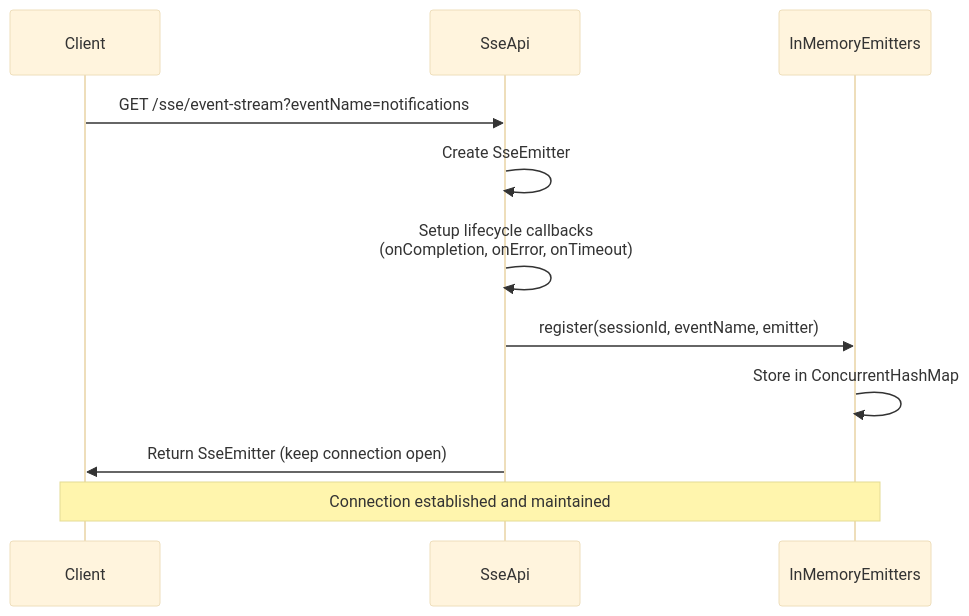
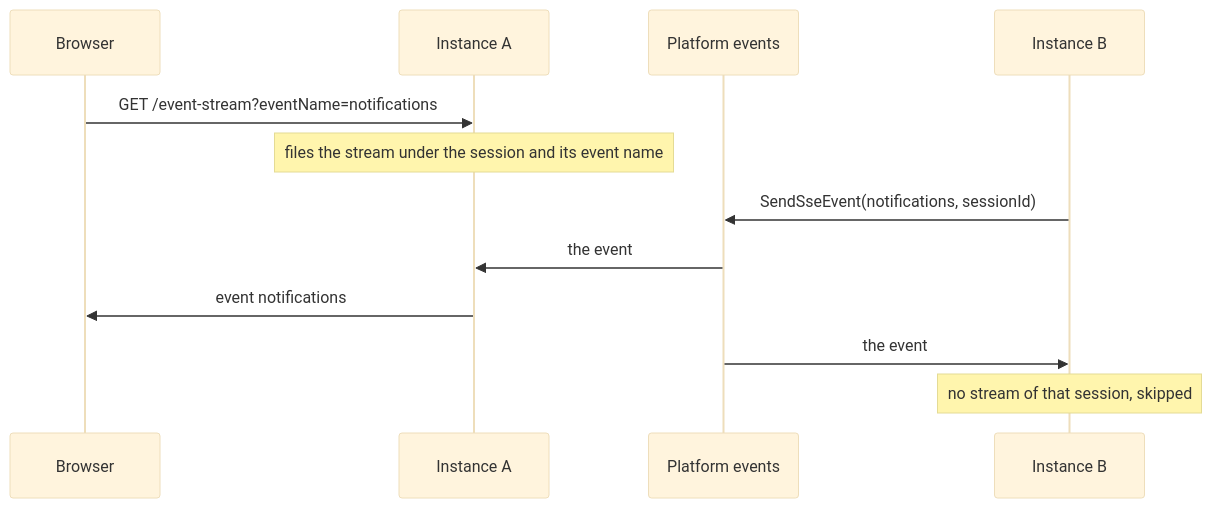
The second of 2 diagrams in tech-starters/backend/sse-starter/README.md (mboisnard/drinkit), drawn with Mermaid (base theme) before and after one commit. The commit also changed other lines of this file and 13 other files, not shown here.

First line of the commit message:
[TECH-STARTER] Shorten each starter README to its purpose, its key diagrams and its usage (#383)

````diff
--- a/tech-starters/backend/sse-starter/README.md
+++ b/tech-starters/backend/sse-starter/README.md
@@ -26,15 +40,14 @@
 ```mermaid
 sequenceDiagram
-    participant Client
-    participant SseApi
-    participant Repository as InMemoryEmitters
-
-    Client->>SseApi: GET /sse/event-stream?eventName=notifications
-    SseApi->>SseApi: Create SseEmitter
-    SseApi->>SseApi: Setup lifecycle callbacks<br/>(onCompletion, onError, onTimeout)
-    SseApi->>Repository: register(sessionId, eventName, emitter)
-    Repository->>Repository: Store in ConcurrentHashMap
-    SseApi->>Client: Return SseEmitter (keep connection open)
-
-    Note over Client,Repository: Connection established and maintained
+    participant Browser
+    participant A as Instance A
+    participant Events as Platform events
+    participant B as Instance B
+    Browser->>A: GET /event-stream?eventName=notifications
+    Note over A: files the stream under the session and its event name
+    B->>Events: SendSseEvent(notifications, sessionId)
+    Events->>A: the event
+    A->>Browser: event notifications
+    Events->>B: the event
+    Note over B: no stream of that session, skipped
 ```
````
